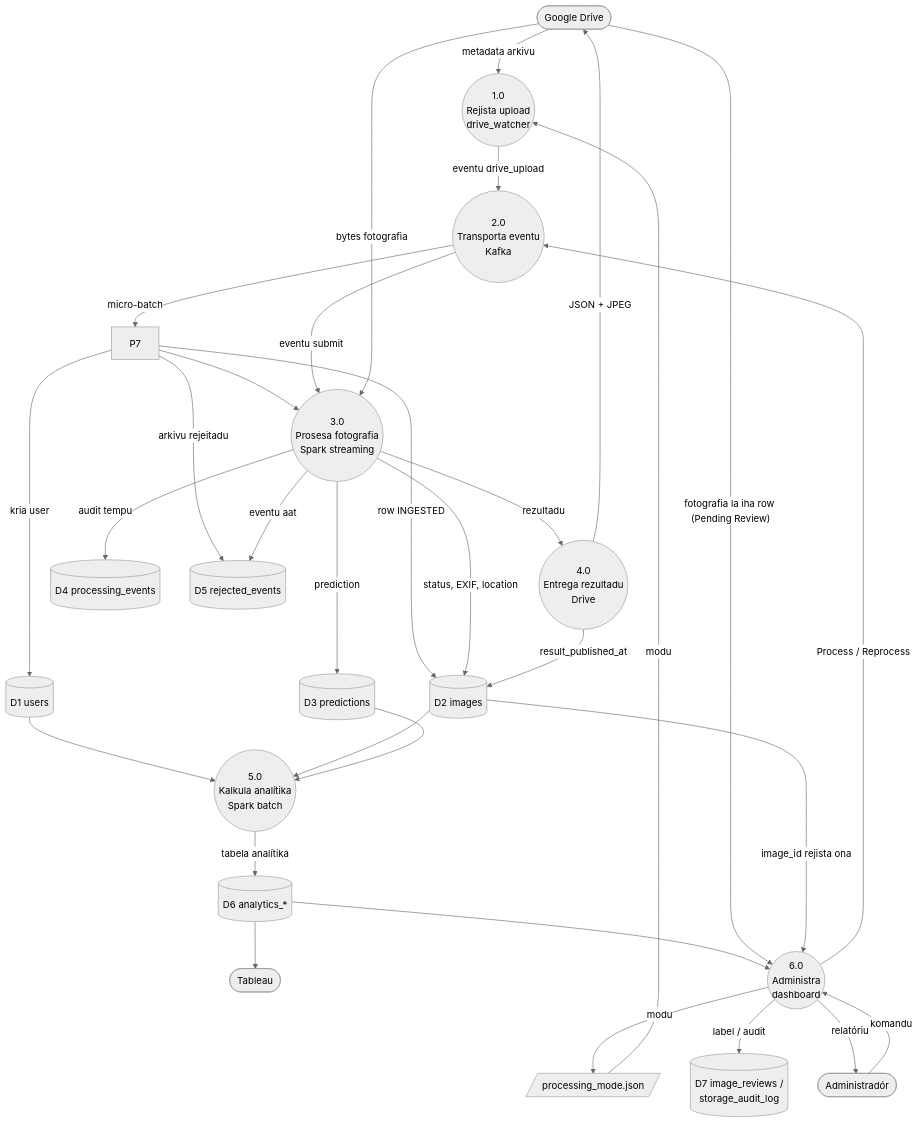
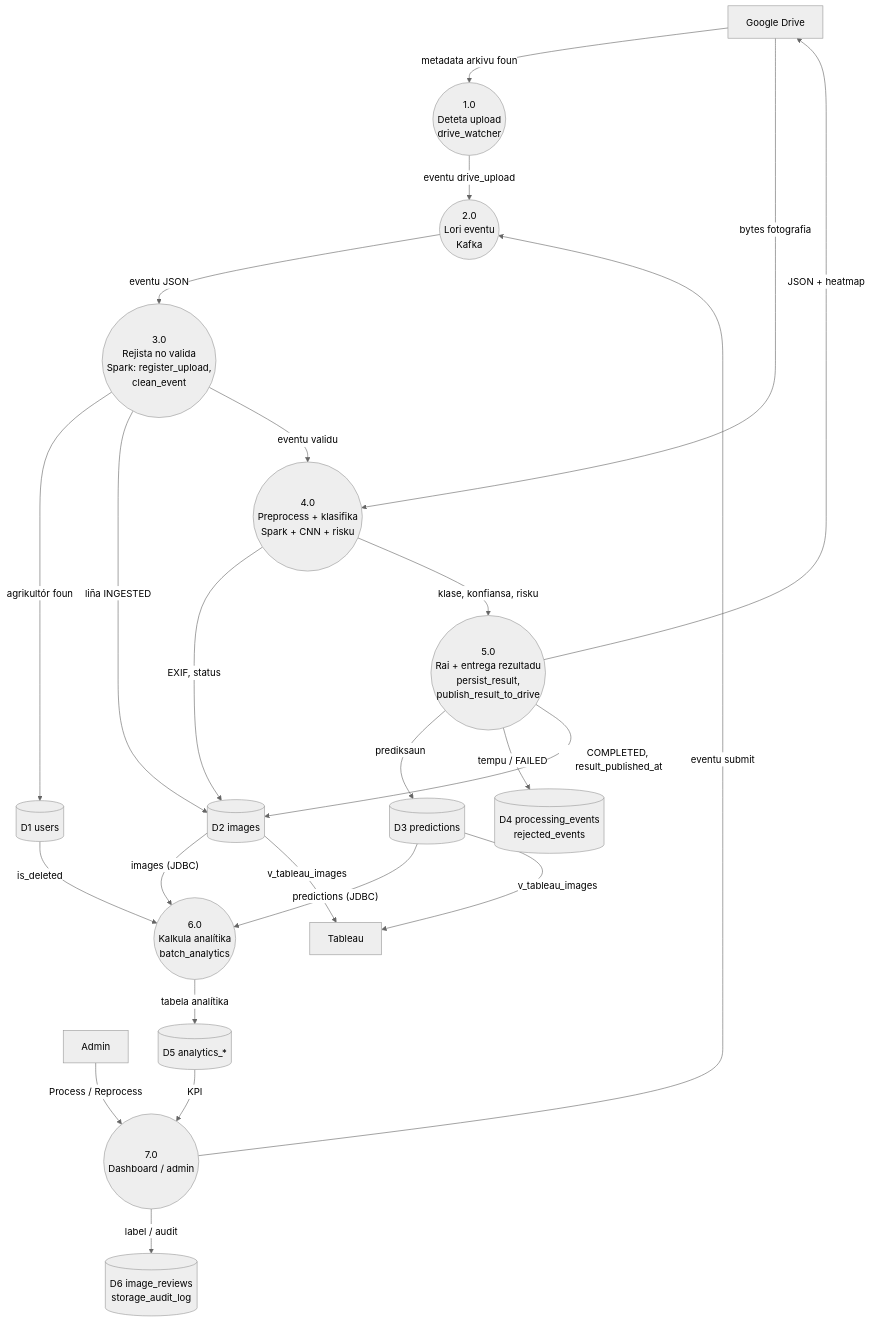
Before and after one commit to AOD-collab/-crop-disease-ews: the fourth of 6 diagrams in documentation/technical_modules/src/04_database_erd_dfd_module.md, drawn with Mermaid (neutral theme). The commit also changed other lines of this file and 41 other files, not shown here.

````diff
--- a/documentation/technical_modules/src/04_database_erd_dfd_module.md
+++ b/documentation/technical_modules/src/04_database_erd_dfd_module.md
@@ -184,50 +197,42 @@
 ```mermaid
 flowchart TD
-    G([Google Drive])
-    A([Administradór])
-    T([Tableau])
-    P1((1.0<br/>Rejista upload<br/>drive_watcher))
-    P2((2.0<br/>Transporta eventu<br/>Kafka))
-    P3((3.0<br/>Prosesa fotografia<br/>Spark streaming))
-    P4((4.0<br/>Entrega rezultadu<br/>Drive))
-    P5((5.0<br/>Kalkula analítika<br/>Spark batch))
-    P6((6.0<br/>Administra<br/>dashboard))
-    D1[(D1 users)]
-    D2[(D2 images)]
-    D3[(D3 predictions)]
-    D4[(D4 processing_events)]
-    D5[(D5 rejected_events)]
-    D6[(D6 analytics_*)]
-    D7[(D7 image_reviews /<br/>storage_audit_log)]
-    M[/processing_mode.json/]
-    G -- "metadata arkivu" --> P1
-    M -- "modu" --> P1
+    G["Google Drive"]
+    A["Admin"]
+    T["Tableau"]
+    P1(("1.0<br/>Deteta upload<br/>drive_watcher"))
+    P2(("2.0<br/>Lori eventu<br/>Kafka"))
+    P3(("3.0<br/>Rejista no valida<br/>Spark: register_upload,<br/>clean_event"))
+    P4(("4.0<br/>Preprocess + klasifika<br/>Spark + CNN + risku"))
+    P5(("5.0<br/>Rai + entrega rezultadu<br/>persist_result,<br/>publish_result_to_drive"))
+    P6(("6.0<br/>Kalkula analítika<br/>batch_analytics"))
+    P7(("7.0<br/>Dashboard / admin"))
+    D1[("D1 users")]
+    D2[("D2 images")]
+    D3[("D3 predictions")]
+    D4[("D4 processing_events<br/>rejected_events")]
+    D5[("D5 analytics_*")]
+    D6[("D6 image_reviews<br/>storage_audit_log")]
+    G -- "metadata arkivu foun" --> P1
     P1 -- "eventu drive_upload" --> P2
-    P2 -- "micro-batch" --> P7
-    P7 -- "kria user" --> D1
-    P7 -- "row INGESTED" --> D2
-    P7 -- "arkivu rejeitadu" --> D5
-    P7 --> P3
-    P2 -- "eventu submit" --> P3
-    G -- "bytes fotografia" --> P3
-    P3 -- "status, EXIF, location" --> D2
-    P3 -- "prediction" --> D3
-    P3 -- "audit tempu" --> D4
-    P3 -- "eventu aat" --> D5
-    P3 -- "rezultadu" --> P4
-    P4 -- "JSON + JPEG" --> G
-    P4 -- "result_published_at" --> D2
-    D1 --> P5
-    D2 --> P5
-    D3 --> P5
-    P5 -- "tabela analítika" --> D6
-    D6 --> P6
-    D6 --> T
-    A -- "komandu" --> P6
-    P6 -- "modu" --> M
-    P6 -- "label / audit" --> D7
-    G -- "fotografia la iha row (Pending Review)" --> P6
-    D2 -- "image_id rejista ona" --> P6
-    P6 -- "Process / Reprocess" --> P2
-    P6 -- "relatóriu" --> A
+    A -- "Process / Reprocess" --> P7
+    P7 -- "eventu submit" --> P2
+    P2 -- "eventu JSON" --> P3
+    P3 -- "agrikultór foun" --> D1
+    P3 -- "liña INGESTED" --> D2
+    P3 -- "eventu validu" --> P4
+    G -- "bytes fotografia" --> P4
+    P4 -- "EXIF, status" --> D2
+    P4 -- "klase, konfiansa, risku" --> P5
+    P5 -- "prediksaun" --> D3
+    P5 -- "tempu / FAILED" --> D4
+    P5 -- "COMPLETED, result_published_at" --> D2
+    P5 -- "JSON + heatmap" --> G
+    D1 -- "is_deleted" --> P6
+    D2 -- "images (JDBC)" --> P6
+    D3 -- "predictions (JDBC)" --> P6
+    P6 -- "tabela analítika" --> D5
+    D5 -- "KPI" --> P7
+    P7 -- "label / audit" --> D6
+    D2 -- "v_tableau_images" --> T
+    D3 -- "v_tableau_images" --> T
 ```
````
